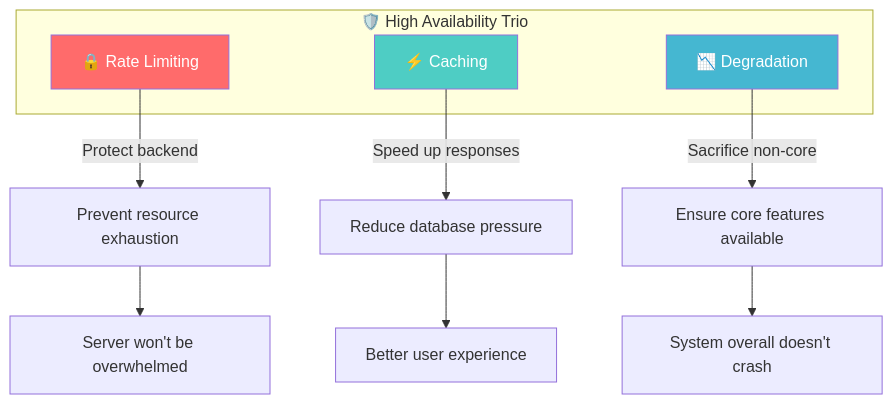
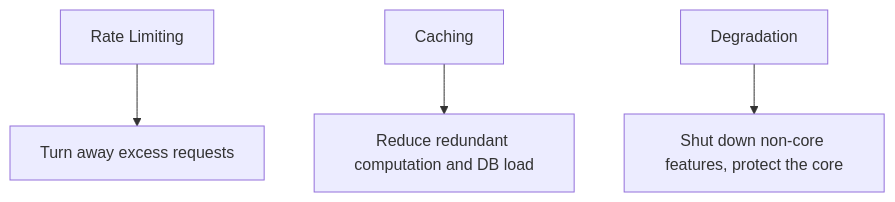
Before and after one commit to zhangshichuan/maxzhang.site: the fifth of 5 diagrams in articles/en/nodejs-security-guide.mdx, drawn with Mermaid. The commit also changed other lines of this file and 49 other files, not shown here.

````diff
--- a/articles/en/nodejs-security-guide.mdx
+++ b/articles/en/nodejs-security-guide.mdx
@@ -1319,21 +890,6 @@
 ```mermaid
 flowchart TD
-    subgraph SecurityTrio["🛡️ High Availability Trio"]
-        A[🔒 Rate Limiting]
-        B[⚡ Caching]
-        C[📉 Degradation]
-    end
-
-    A -->|"Protect backend"| A1["Prevent resource exhaustion"]
-    A1 --> A2["Server won't be overwhelmed"]
-
-    B -->|"Speed up responses"| B1["Reduce database pressure"]
-    B1 --> B2["Better user experience"]
-
-    C -->|"Sacrifice non-core"| C1["Ensure core features available"]
-    C1 --> C2["System overall doesn't crash"]
-
-    style A fill:#ff6b6b,color:#fff
-    style B fill:#4ecdc4,color:#fff
-    style C fill:#45b7d1,color:#fff
+    A[Rate Limiting] --> A1[Turn away excess requests]
+    B[Caching] --> B1[Reduce redundant computation and DB load]
+    C[Degradation] --> C1[Shut down non-core features, protect the core]
 ```
````
